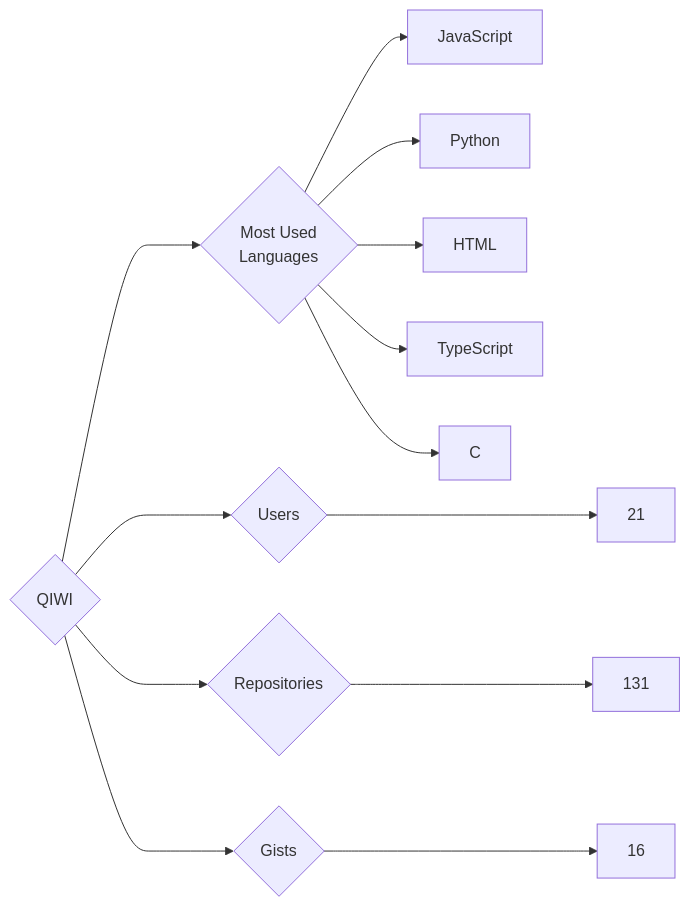
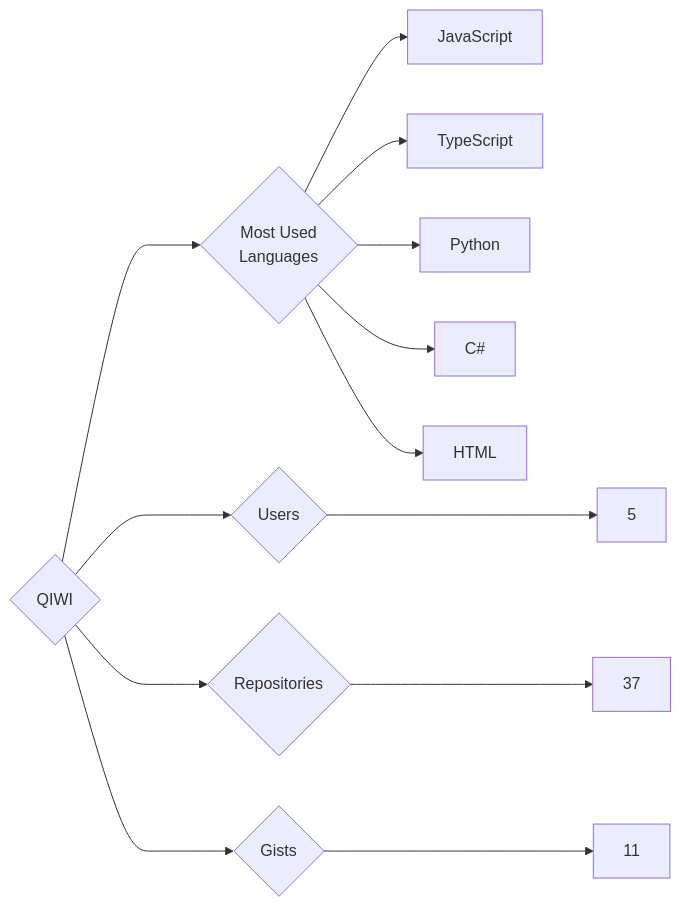
One commit to trickest/insiders changed the diagram in targets/QIWI/README.md. Above: the diagram before and after it, drawn with Mermaid. The commit also changed 903 other files, not shown here.

````diff
--- a/targets/QIWI/README.md
+++ b/targets/QIWI/README.md
@@ -3,13 +3,13 @@
 ```mermaid
 graph LR
 COMPANY_NAME{QIWI}
-COMPANY_NAME ---> U{Users} ---> UN[21]
-COMPANY_NAME ---> R{Repositories} ---> RN[131]
-COMPANY_NAME ---> G{Gists} ---> GN[16]
+COMPANY_NAME ---> U{Users} ---> UN[5]
+COMPANY_NAME ---> R{Repositories} ---> RN[37]
+COMPANY_NAME ---> G{Gists} ---> GN[11]
 COMPANY_NAME ---> ML{Most Used<br>Languages}
 ML --> JavaScript[JavaScript]
+ML --> TypeScript[TypeScript]
 ML --> Python[Python]
+ML --> C#[C#]
 ML --> HTML[HTML]
-ML --> TypeScript[TypeScript]
-ML --> C[C]
 ```
````
